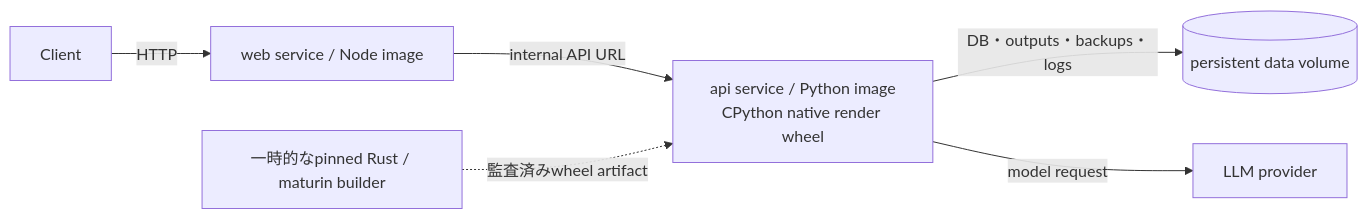
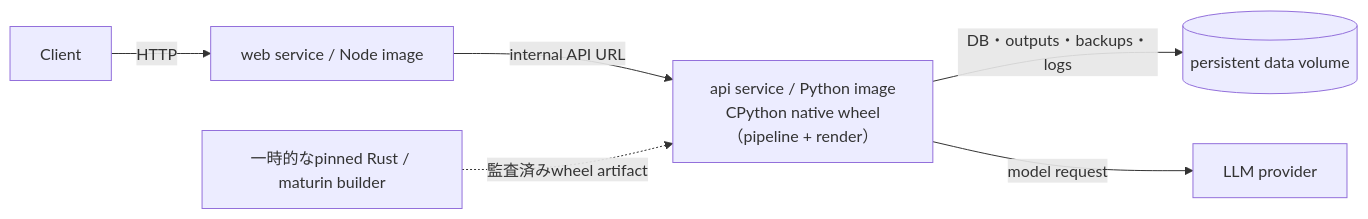
Before and after one commit to oikawas/inku-lang: the second of 2 diagrams in docs/architecture/runtime-containers.ja.md, drawn with Mermaid. The commit also changed other lines of this file and 27 other files, not shown here.

First line of the commit message:
Update architecture documents for the shared Rust pipeline

````diff
--- a/docs/architecture/runtime-containers.ja.md
+++ b/docs/architecture/runtime-containers.ja.md
@@ -41,15 +51,15 @@
 ```mermaid
 flowchart LR
     CLIENT["Client"]
     WEB_IMG["web service / Node image"]
-    API_IMG["api service / Python image\nCPython native render wheel"]
+    API_IMG["api service / Python image\nCPython native wheel（pipeline + render）"]
     WHEEL_BUILDER["一時的なpinned Rust / maturin builder"]
     DATA_VOL[("persistent data volume")]
     PROVIDER["LLM provider"]
 
     CLIENT -->|"HTTP"| WEB_IMG
     WEB_IMG -->|"internal API URL"| API_IMG
     WHEEL_BUILDER -.->|"監査済みwheel artifact"| API_IMG
     API_IMG -->|"DB・outputs・backups・logs"| DATA_VOL
     API_IMG -->|"model request"| PROVIDER
 ```
````
